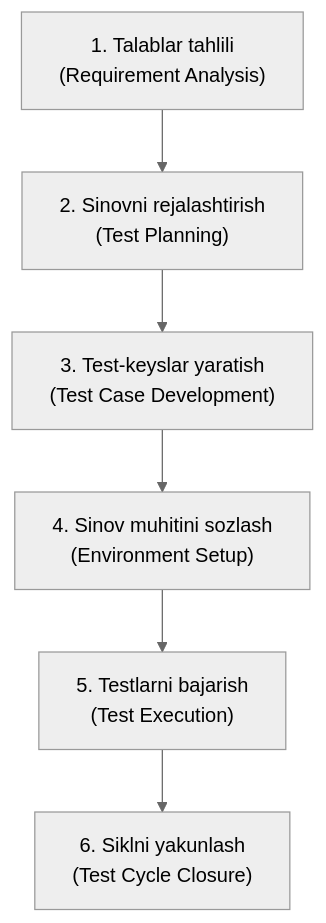
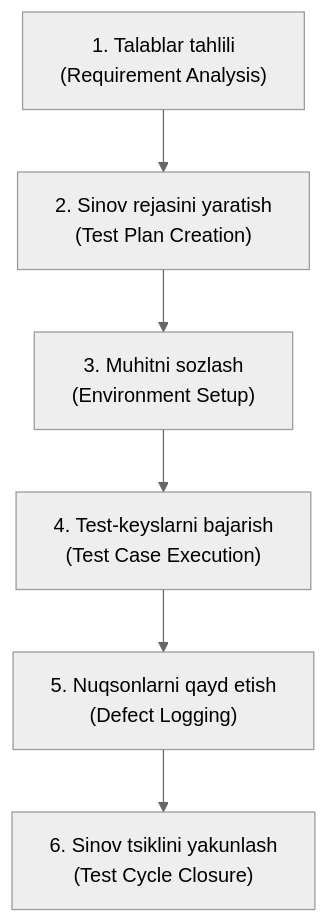
The diagram in app/docs/software-testing/software-testing-life-cycle/page.mdx (Ergashov15/qa-uzbekistan), drawn with Mermaid (neutral theme) before and after one commit. The commit also changed other lines of this file and 3 other files, not shown here.

````diff
--- a/app/docs/software-testing/software-testing-life-cycle/page.mdx
+++ b/app/docs/software-testing/software-testing-life-cycle/page.mdx
@@ -13,8 +17,8 @@
 ```mermaid
 flowchart TD
-    S1["1. Talablar tahlili\n(Requirement Analysis)"] --> S2["2. Sinovni rejalashtirish\n(Test Planning)"]
-    S2 --> S3["3. Test-keyslar yaratish\n(Test Case Development)"]
-    S3 --> S4["4. Sinov muhitini sozlash\n(Environment Setup)"]
-    S4 --> S5["5. Testlarni bajarish\n(Test Execution)"]
-    S5 --> S6["6. Siklni yakunlash\n(Test Cycle Closure)"]
+    S1["1. Talablar tahlili\n(Requirement Analysis)"] --> S2["2. Sinov rejasini yaratish\n(Test Plan Creation)"]
+    S2 --> S3["3. Muhitni sozlash\n(Environment Setup)"]
+    S3 --> S4["4. Test-keyslarni bajarish\n(Test Case Execution)"]
+    S4 --> S5["5. Nuqsonlarni qayd etish\n(Defect Logging)"]
+    S5 --> S6["6. Sinov tsiklini yakunlash\n(Test Cycle Closure)"]
 ```
````
